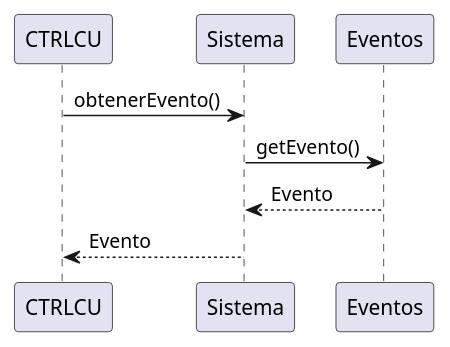
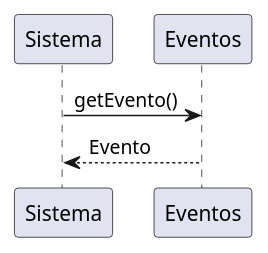
Before and after one commit to sandobaitt/dsi-2026: the sixth of 27 diagrams in apunte.md, drawn with PlantUML. The commit also changed other lines of this file and 9 other files, not shown here.

Commit message:
feat: add comprehensive DSI study guides, workflow notes, and Java class diagrams

````diff
--- a/apunte.md
+++ b/apunte.md
@@ -283,6 +401,4 @@
 ```plantuml
-CTRLCU -> Sistema: obtenerEvento()
 Sistema -> Eventos: getEvento()
 Eventos --> Sistema: Evento
-Sistema --> CTRLCU: Evento
 ```
````
